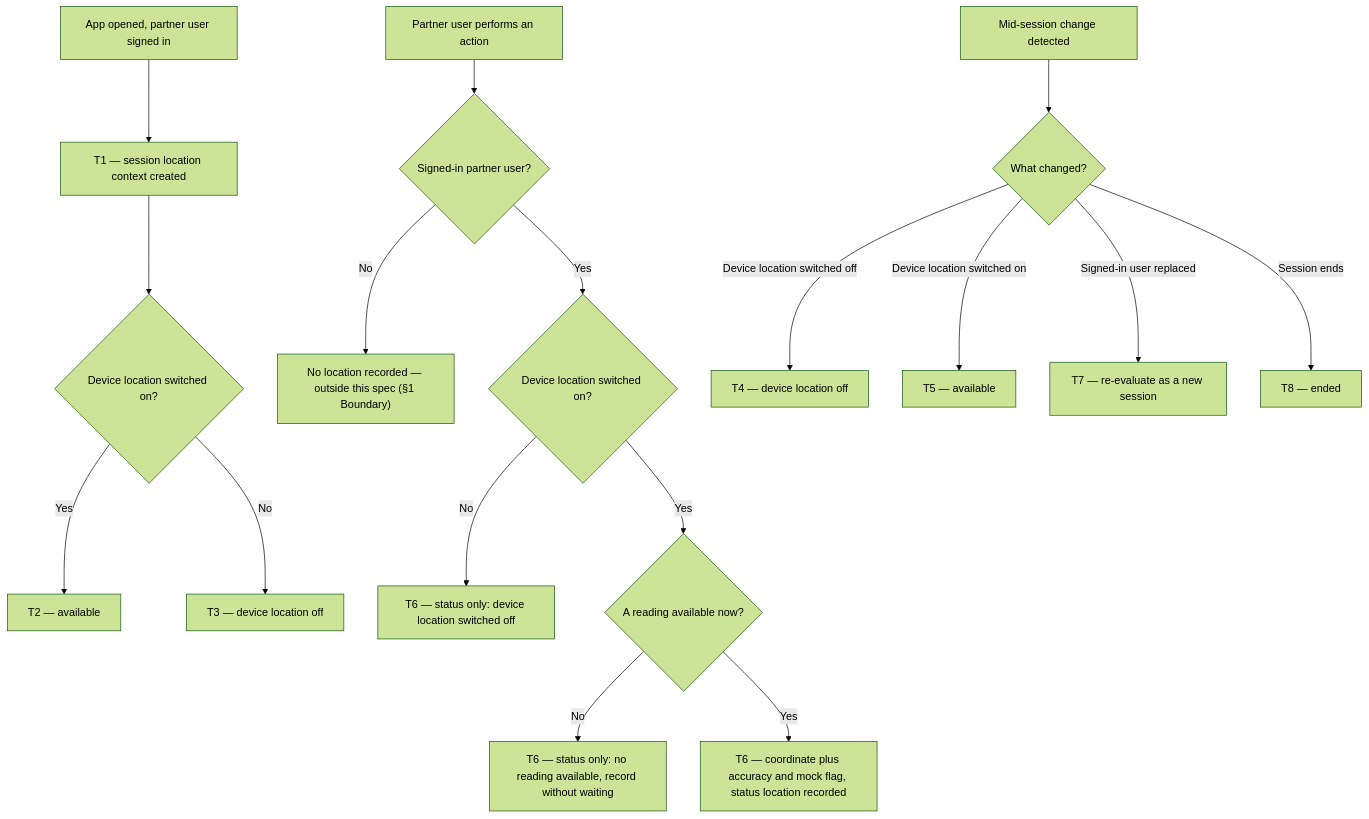
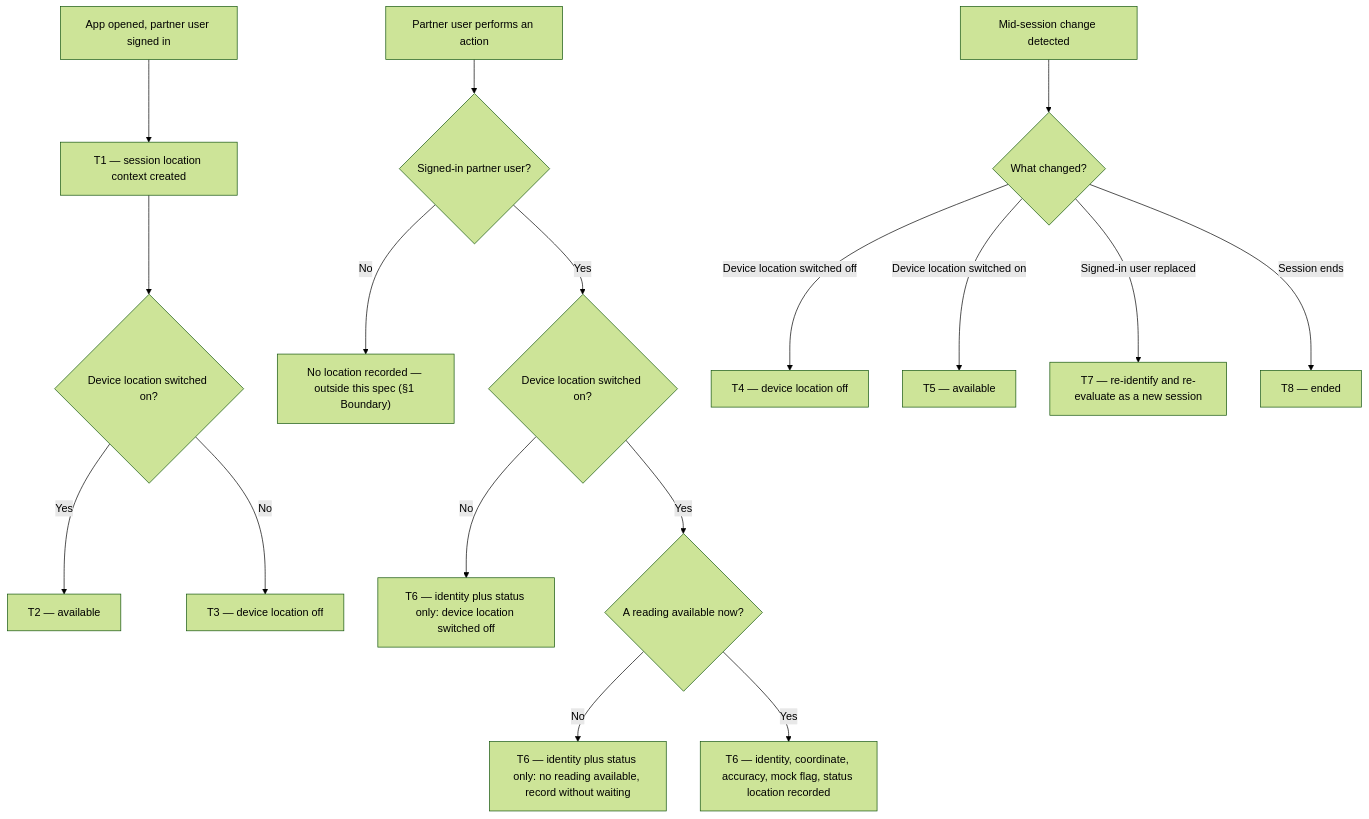
The diagram in Partner_Action_Location_PRD.md (ashish-raj-wiom/partner-action-location), drawn with Mermaid (forest theme) before and after one commit. The commit also changed other lines of this file and 2 other files, not shown here.

First line of the commit message:
v0.8 — identity requirement added; three review items closed

````diff
--- a/Partner_Action_Location_PRD.md
+++ b/Partner_Action_Location_PRD.md
@@ -57,21 +60,21 @@
 ```mermaid
 flowchart TD
     A["App opened, partner user signed in"] --> B["T1 — session location context created"]
     B --> C{"Device location switched on?"}
     C -- "Yes" --> D["T2 — available"]
     C -- "No" --> E["T3 — device location off"]
 
     F["Partner user performs an action"] --> G{"Signed-in partner user?"}
     G -- "No" --> H["No location recorded — outside this spec (§1 Boundary)"]
     G -- "Yes" --> I{"Device location switched on?"}
-    I -- "No" --> J["T6 — status only: device location switched off"]
+    I -- "No" --> J["T6 — identity plus status only: device location switched off"]
     I -- "Yes" --> K{"A reading available now?"}
-    K -- "No" --> L["T6 — status only: no reading available, record without waiting"]
-    K -- "Yes" --> M["T6 — coordinate plus accuracy and mock flag, status location recorded"]
+    K -- "No" --> L["T6 — identity plus status only: no reading available, record without waiting"]
+    K -- "Yes" --> M["T6 — identity, coordinate, accuracy, mock flag, status location recorded"]
 
     N["Mid-session change detected"] --> O{"What changed?"}
     O -- "Device location switched off" --> P["T4 — device location off"]
     O -- "Device location switched on" --> Q["T5 — available"]
-    O -- "Signed-in user replaced" --> R["T7 — re-evaluate as a new session"]
+    O -- "Signed-in user replaced" --> R["T7 — re-identify and re-evaluate as a new session"]
     O -- "Session ends" --> S["T8 — ended"]
 ```
````
